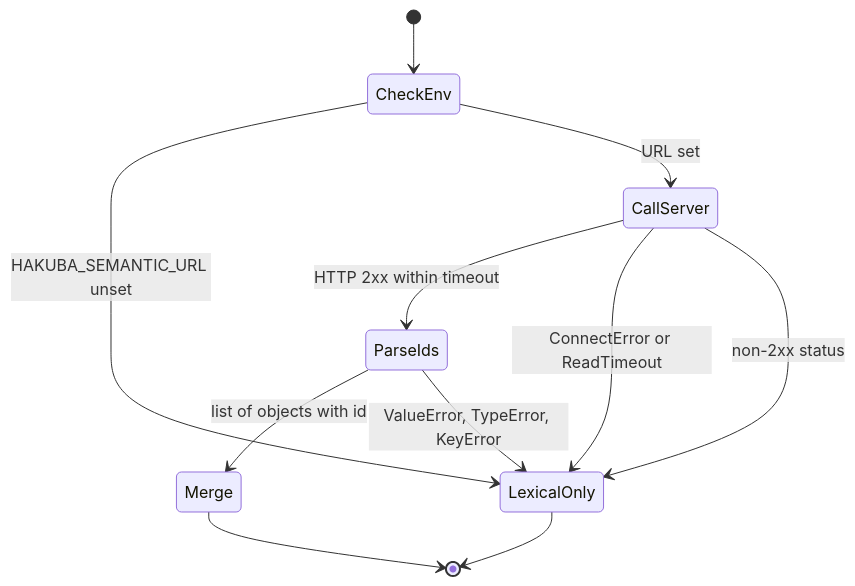
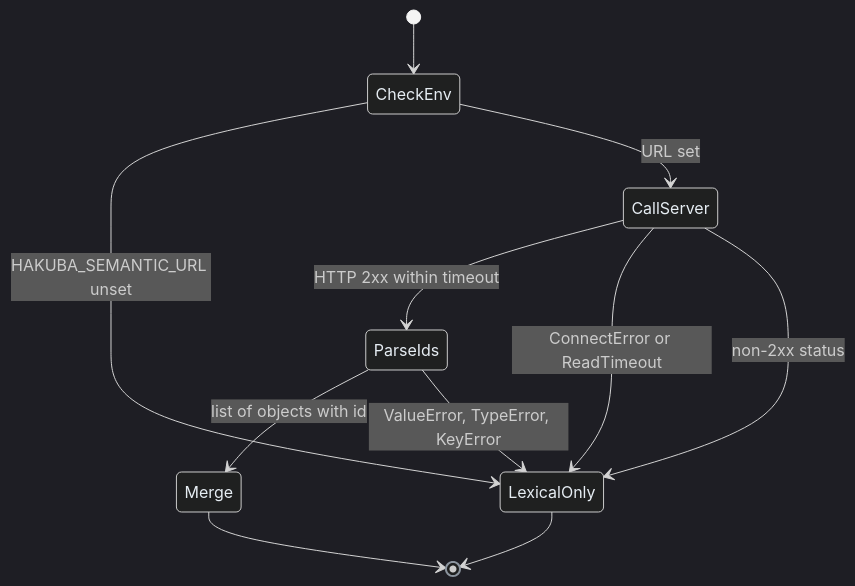
One commit to r03922123/jp_ski_map changed the third of 5 diagrams in docs/wiki/03-search/semantic-place-search.md. Above: the diagram before and after it, drawn with Mermaid. The commit also changed other lines of this file and 3 other files, not shown here.

````diff
--- a/docs/wiki/03-search/semantic-place-search.md
+++ b/docs/wiki/03-search/semantic-place-search.md
@@ -171,13 +172,14 @@
 ```mermaid
+%%{init: {'theme':'dark', 'themeVariables': {'primaryColor':'#2d333b','primaryBorderColor':'#6d5dfc','primaryTextColor':'#e6edf3','lineColor':'#8b949e'}}}%%
 stateDiagram-v2
     [*] --> CheckEnv
     CheckEnv --> LexicalOnly: HAKUBA_SEMANTIC_URL unset
     CheckEnv --> CallServer: URL set
     CallServer --> ParseIds: HTTP 2xx within timeout
     CallServer --> LexicalOnly: ConnectError or ReadTimeout
     CallServer --> LexicalOnly: non-2xx status
     ParseIds --> Merge: list of objects with id
     ParseIds --> LexicalOnly: ValueError, TypeError, KeyError
     Merge --> [*]
     LexicalOnly --> [*]
 ```
````
